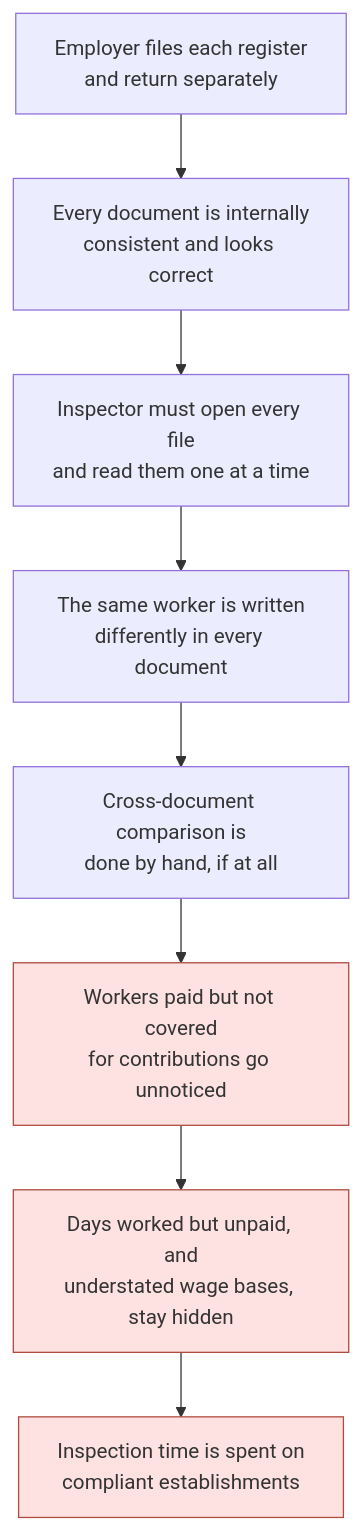
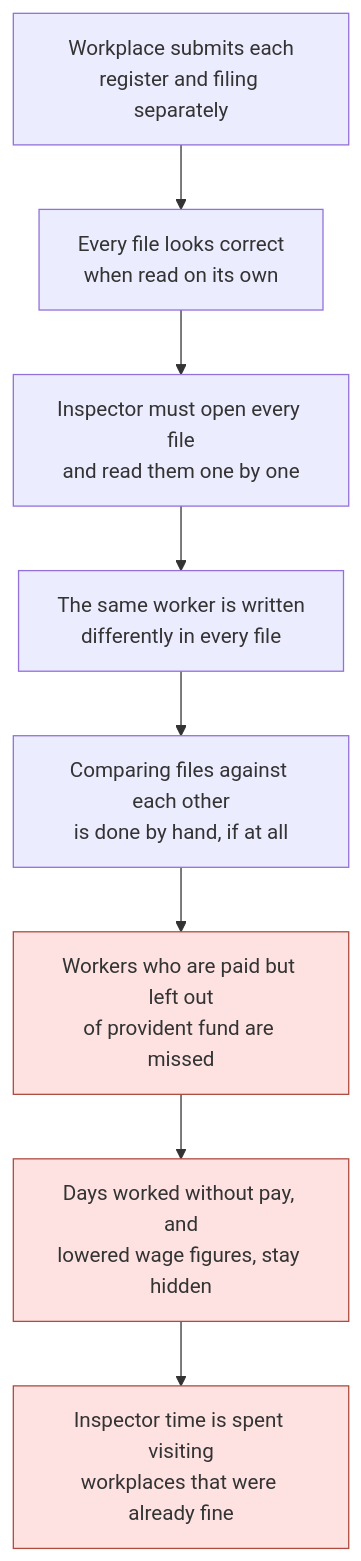
Before and after one commit to 23110572-hash/Shram-Drishti: the first of 5 diagrams in README.md, drawn with Mermaid. The commit also changed other lines of this file, not shown here.

````diff
--- a/README.md
+++ b/README.md
@@ -42,14 +51,14 @@
 ```mermaid
 flowchart TB
-    A["Employer files each register<br/>and return separately"] --> B["Every document is internally<br/>consistent and looks correct"]
-    B --> C["Inspector must open every file<br/>and read them one at a time"]
-    C --> D["The same worker is written<br/>differently in every document"]
-    D --> E["Cross-document comparison is<br/>done by hand, if at all"]
-    E --> F["Workers paid but not covered<br/>for contributions go unnoticed"]
-    F --> G["Days worked but unpaid, and<br/>understated wage bases, stay hidden"]
-    G --> H["Inspection time is spent on<br/>compliant establishments"]
+    A["Workplace submits each<br/>register and filing separately"] --> B["Every file looks correct<br/>when read on its own"]
+    B --> C["Inspector must open every file<br/>and read them one by one"]
+    C --> D["The same worker is written<br/>differently in every file"]
+    D --> E["Comparing files against each other<br/>is done by hand, if at all"]
+    E --> F["Workers who are paid but left out<br/>of provident fund are missed"]
+    F --> G["Days worked without pay, and<br/>lowered wage figures, stay hidden"]
+    G --> H["Inspector time is spent visiting<br/>workplaces that were already fine"]
 
     style F fill:#fde2e1,stroke:#b04a3e
     style G fill:#fde2e1,stroke:#b04a3e
     style H fill:#fde2e1,stroke:#b04a3e
 ```
````
